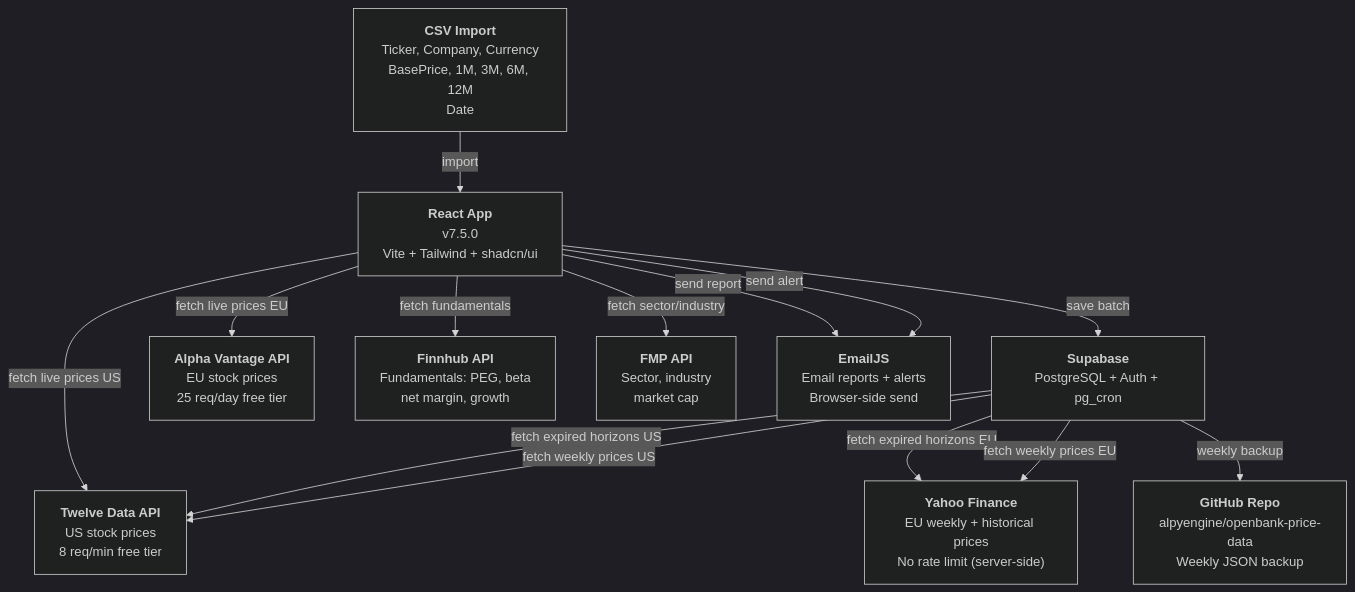
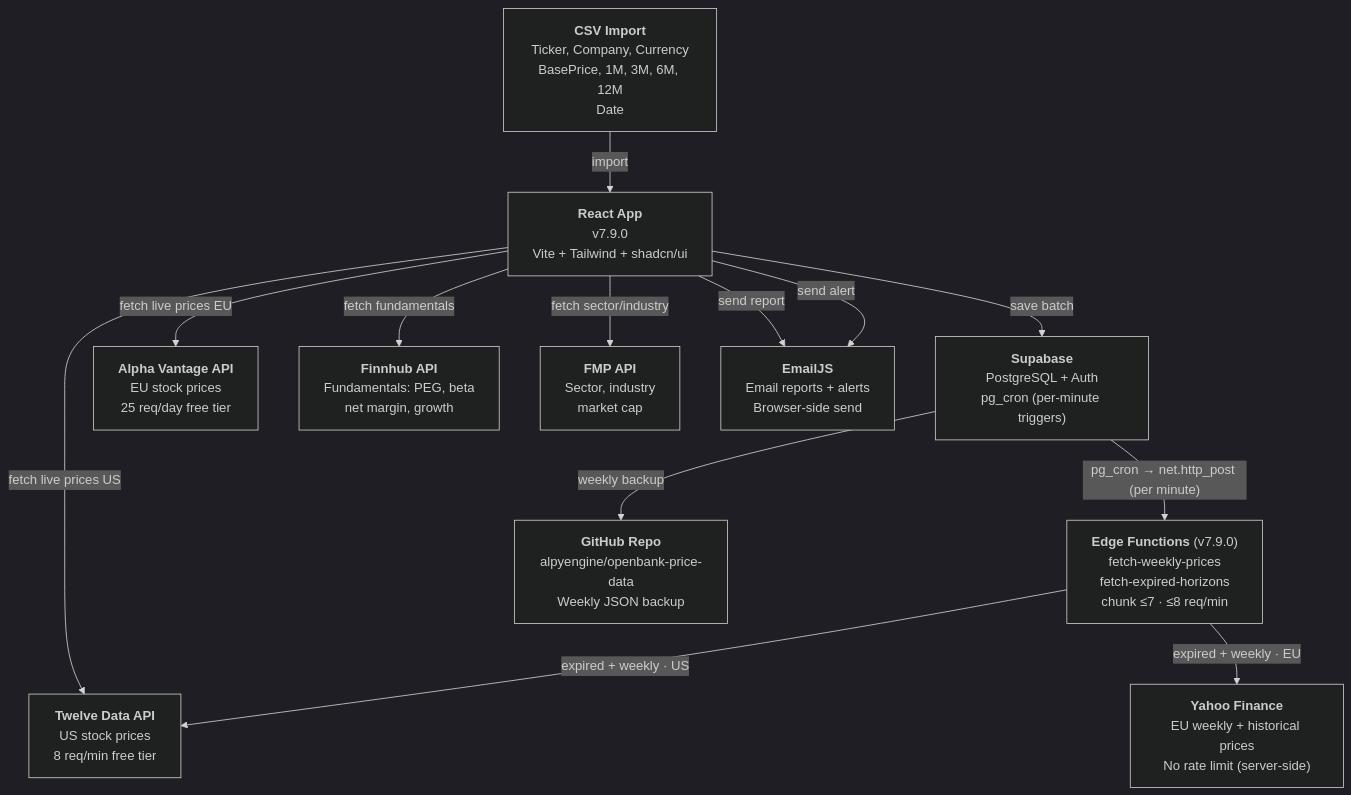
Before and after one commit to alpyengine/openbank-price-prediction: the second of 9 diagrams in docs/openbank-forecast-uml.md, drawn with Mermaid (dark theme). The commit also changed other lines of this file and 10 other files, not shown here.

First line of the commit message:
feat: move price fetching to Supabase Edge Functions (v7.9.0)

````diff
--- a/docs/openbank-forecast-uml.md
+++ b/docs/openbank-forecast-uml.md
@@ -131,57 +131,62 @@
 ```mermaid
 flowchart TD
     CSV["`**CSV Import**
     Ticker, Company, Currency
     BasePrice, 1M, 3M, 6M, 12M
     Date`"]
 
     APP["`**React App**
-    v7.5.0
+    v7.9.0
     Vite + Tailwind + shadcn/ui`"]
 
     SUPABASE["`**Supabase**
-    PostgreSQL + Auth + pg_cron`"]
+    PostgreSQL + Auth
+    pg_cron (per-minute triggers)`"]
+
+    EDGE["`**Edge Functions** (v7.9.0)
+    fetch-weekly-prices
+    fetch-expired-horizons
+    chunk ≤7 · ≤8 req/min`"]
 
     TD["`**Twelve Data API**
     US stock prices
     8 req/min free tier`"]
 
     AV["`**Alpha Vantage API**
     EU stock prices
     25 req/day free tier`"]
 
     YF["`**Yahoo Finance**
     EU weekly + historical prices
     No rate limit (server-side)`"]
 
     FINNHUB["`**Finnhub API**
     Fundamentals: PEG, beta
     net margin, growth`"]
 
     FMP["`**FMP API**
     Sector, industry
     market cap`"]
 
     GH["`**GitHub Repo**
     alpyengine/openbank-price-data
     Weekly JSON backup`"]
 
     EMAIL["`**EmailJS**
     Email reports + alerts
     Browser-side send`"]
 
     CSV -->|import| APP
     APP -->|save batch| SUPABASE
     APP -->|fetch live prices US| TD
     APP -->|fetch live prices EU| AV
     APP -->|fetch fundamentals| FINNHUB
     APP -->|fetch sector/industry| FMP
     APP -->|send report| EMAIL
     APP -->|send alert| EMAIL
 
-    SUPABASE -->|fetch expired horizons US| TD
-    SUPABASE -->|fetch expired horizons EU| YF
-    SUPABASE -->|fetch weekly prices US| TD
-    SUPABASE -->|fetch weekly prices EU| YF
+    SUPABASE -->|"pg_cron → net.http_post (per minute)"| EDGE
+    EDGE -->|expired + weekly · US| TD
+    EDGE -->|expired + weekly · EU| YF
     SUPABASE -->|weekly backup| GH
 ```
````
